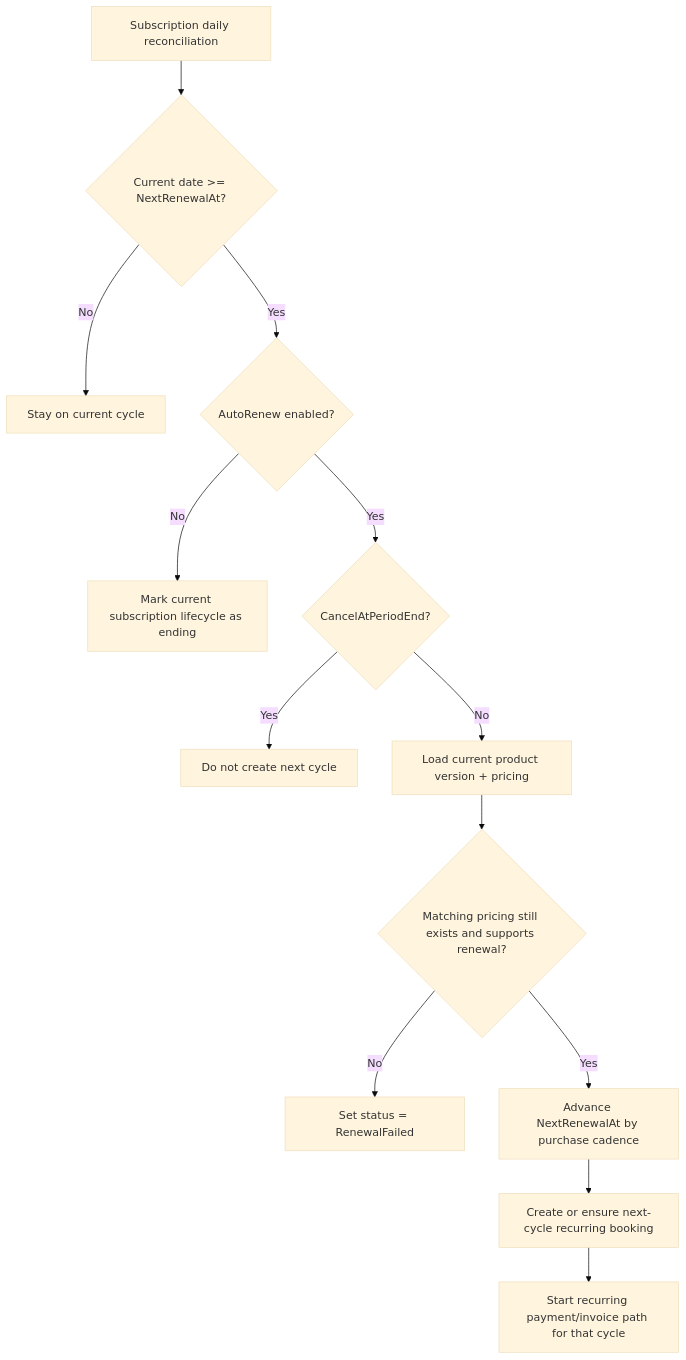
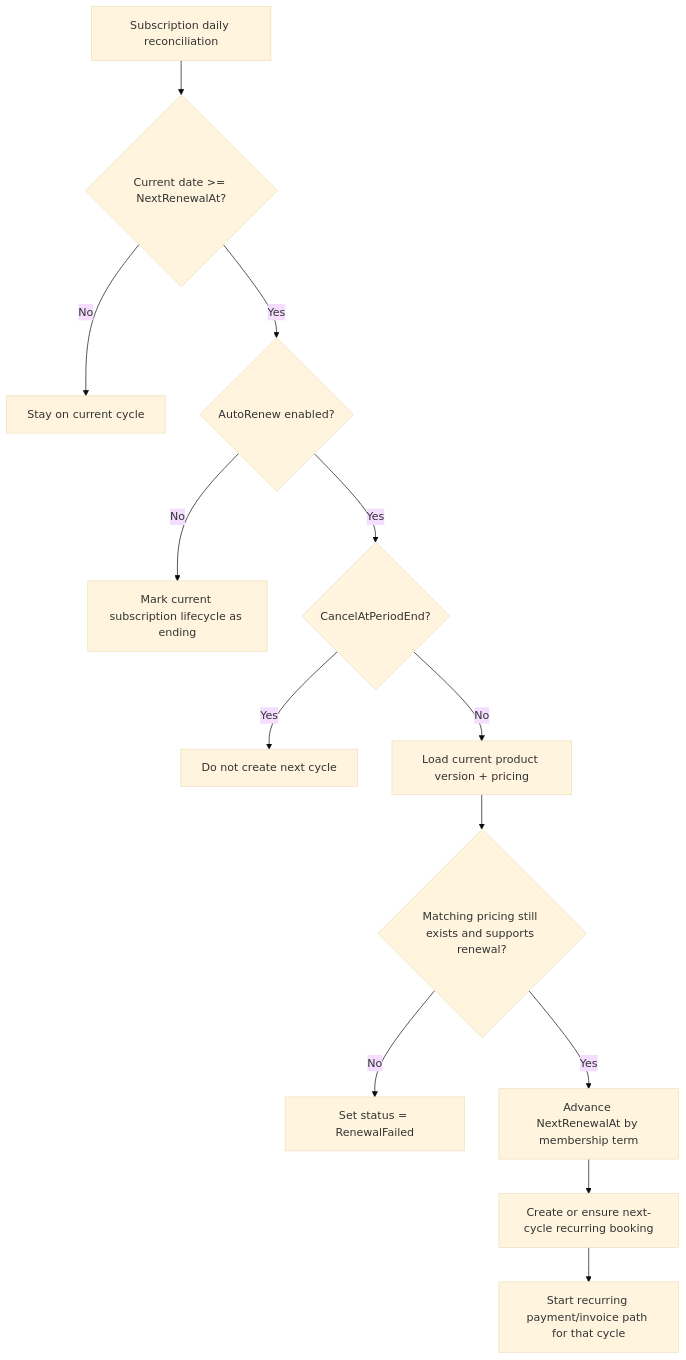
Before and after one commit to skedular/skedular: the sixth of 16 diagrams in src/booking/docs/architecture/booking-runtime-flows.md, drawn with Mermaid (base theme). The commit also changed other lines of this file and 259 other files, not shown here.

First line of the commit message:
Rename PurchaseCadence to MembershipTerm (#7)

````diff
--- a/src/booking/docs/architecture/booking-runtime-flows.md
+++ b/src/booking/docs/architecture/booking-runtime-flows.md
@@ -165,16 +165,16 @@
 ```mermaid
 flowchart TD
     A["Subscription daily reconciliation"] --> B{"Current date >= NextRenewalAt?"}
     B -->|No| C["Stay on current cycle"]
     B -->|Yes| D{"AutoRenew enabled?"}
     D -->|No| E["Mark current subscription lifecycle as ending"]
     D -->|Yes| F{"CancelAtPeriodEnd?"}
     F -->|Yes| G["Do not create next cycle"]
     F -->|No| H["Load current product version + pricing"]
 
     H --> I{"Matching pricing still exists and supports renewal?"}
     I -->|No| J["Set status = RenewalFailed"]
-    I -->|Yes| K["Advance NextRenewalAt by purchase cadence"]
+    I -->|Yes| K["Advance NextRenewalAt by membership term"]
     K --> L["Create or ensure next-cycle recurring booking"]
     L --> M["Start recurring payment/invoice path for that cycle"]
 ```
````
